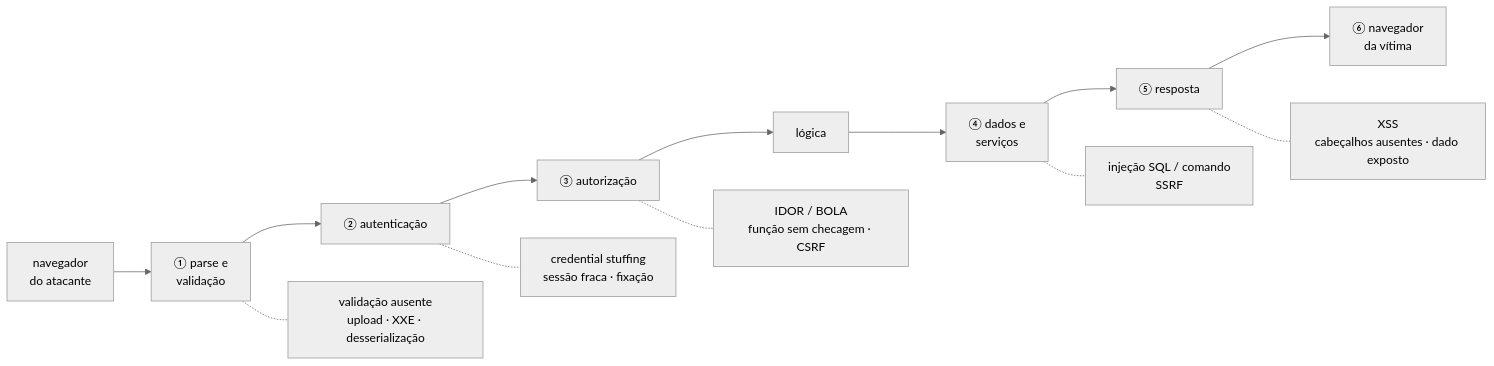
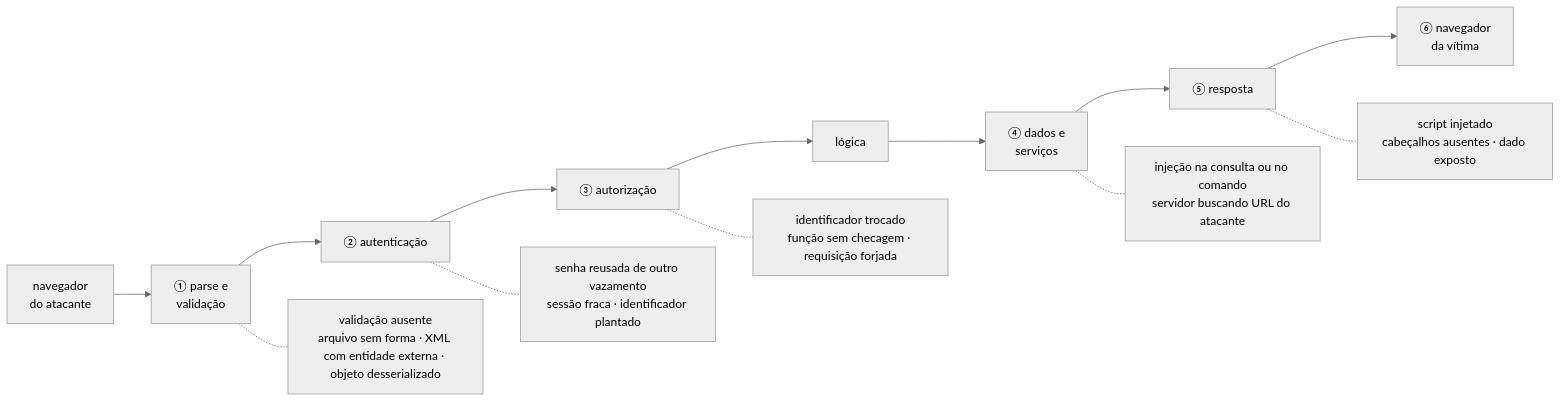
The diagram in 04-vulnerabilidades-em-aplicacoes-web/dissertacao-modelo.md (CosmIA-Lab/LAB-SDLC-IA-SEC), drawn with Mermaid (neutral theme) before and after one commit. The commit also changed 8 other files, not shown here.

````diff
--- a/04-vulnerabilidades-em-aplicacoes-web/dissertacao-modelo.md
+++ b/04-vulnerabilidades-em-aplicacoes-web/dissertacao-modelo.md
@@ -42,9 +42,9 @@
 ```mermaid
 flowchart LR
     B1["navegador<br/>do atacante"] --> V["① parse e<br/>validação"] --> AN["② autenticação"] --> AZ["③ autorização"] --> LG["lógica"] --> DT["④ dados e<br/>serviços"] --> RS["⑤ resposta"] --> B2["⑥ navegador<br/>da vítima"]
-    V -.- v1["validação ausente<br/>upload · XXE · desserialização"]
-    AN -.- v2["credential stuffing<br/>sessão fraca · fixação"]
-    AZ -.- v3["IDOR / BOLA<br/>função sem checagem · CSRF"]
-    DT -.- v4["injeção SQL / comando<br/>SSRF"]
-    RS -.- v5["XSS<br/>cabeçalhos ausentes · dado exposto"]
+    V -.- v1["validação ausente<br/>arquivo sem forma · XML com entidade externa · objeto desserializado"]
+    AN -.- v2["senha reusada de outro vazamento<br/>sessão fraca · identificador plantado"]
+    AZ -.- v3["identificador trocado<br/>função sem checagem · requisição forjada"]
+    DT -.- v4["injeção na consulta ou no comando<br/>servidor buscando URL do atacante"]
+    RS -.- v5["script injetado<br/>cabeçalhos ausentes · dado exposto"]
 ```
````
